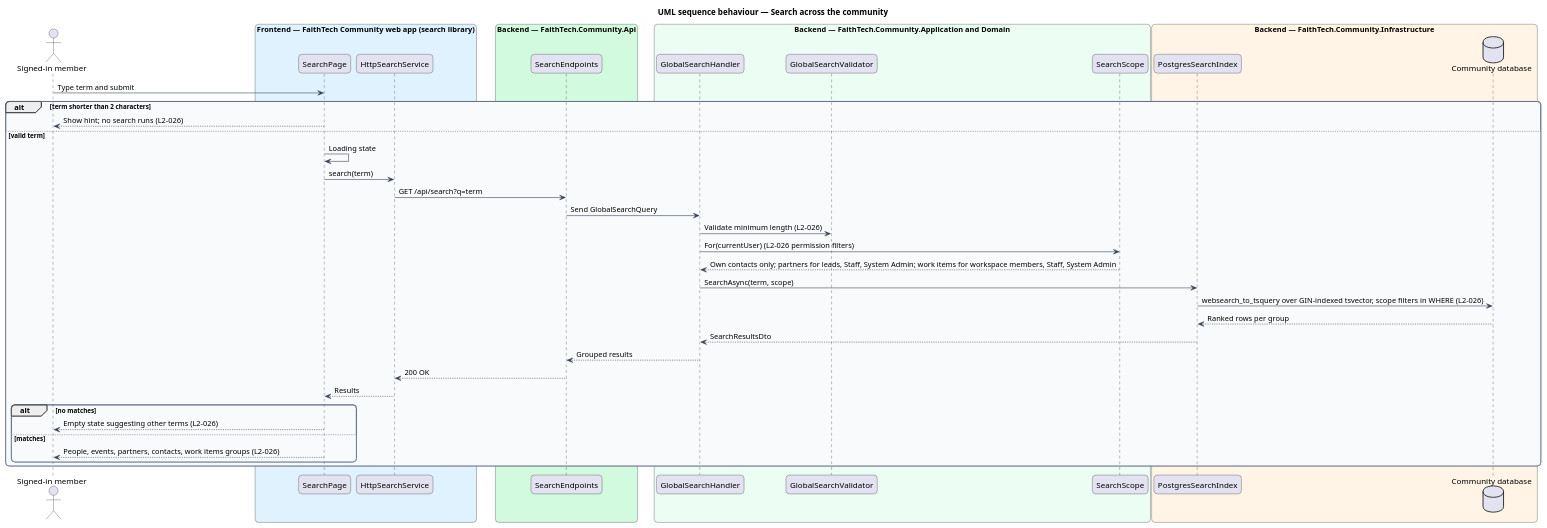
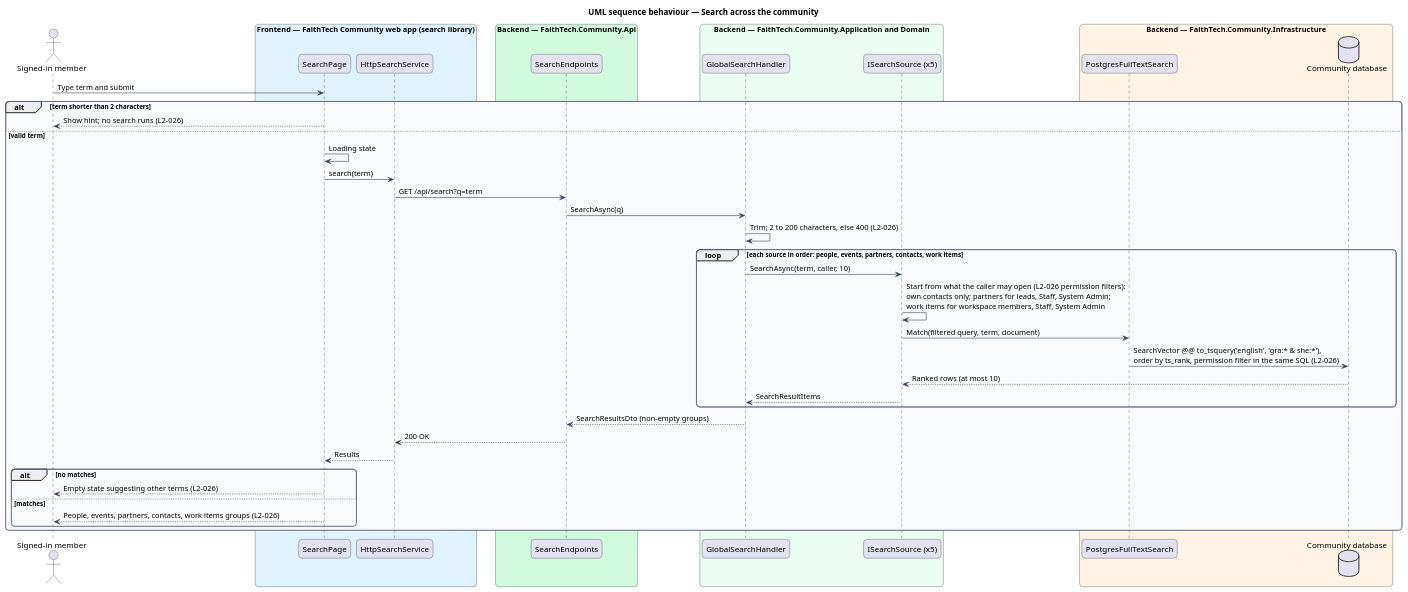
One commit to QuinntyneBrown/faithtech-community changed the diagram in docs/detailed-designs/search/global-search/diagrams/sequence-search.puml. Above: the diagram before and after it, drawn with PlantUML. The commit also changed 33 other files, not shown here.

First line of the commit message:
Redraw the notification, announcement and search diagrams to match the code

```diff
--- a/docs/detailed-designs/search/global-search/diagrams/sequence-search.puml
+++ b/docs/detailed-designs/search/global-search/diagrams/sequence-search.puml
@@ -1,59 +1,60 @@
 @startuml
 title UML sequence behaviour — Search across the community
 skinparam backgroundColor #FFFFFF
 skinparam shadowing false
 skinparam roundcorner 12
 skinparam defaultFontName Arial
 skinparam ArrowColor #344054
 skinparam rectangle {
   BorderColor #344054
   FontColor #101828
 }
 skinparam package {
   BorderColor #667085
   FontColor #101828
   BackgroundColor #F9FAFB
 }
 actor "Signed-in member" as actor
 box "Frontend — FaithTech Community web app (search library)" #E0F2FE
   participant "SearchPage" as page
   participant "HttpSearchService" as svc
 end box
 box "Backend — FaithTech.Community.Api" #D1FADF
   participant "SearchEndpoints" as ep
 end box
 box "Backend — FaithTech.Community.Application and Domain" #ECFDF3
   participant "GlobalSearchHandler" as h
-  participant "GlobalSearchValidator" as val
-  participant "SearchScope" as scope
+  participant "ISearchSource (x5)" as src
 end box
 box "Backend — FaithTech.Community.Infrastructure" #FFF4E5
-  participant "PostgresSearchIndex" as idx
+  participant "PostgresFullTextSearch" as idx
   database "Community database" as db
 end box
 
 actor -> page : Type term and submit
 alt term shorter than 2 characters
   page --> actor : Show hint; no search runs (L2-026)
 else valid term
   page -> page : Loading state
   page -> svc : search(term)
   svc -> ep : GET /api/search?q=term
-  ep -> h : Send GlobalSearchQuery
-  h -> val : Validate minimum length (L2-026)
-  h -> scope : For(currentUser) (L2-026 permission filters)
-  scope --> h : Own contacts only; partners for leads, Staff, System Admin; work items for workspace members, Staff, System Admin
-  h -> idx : SearchAsync(term, scope)
-  idx -> db : websearch_to_tsquery over GIN-indexed tsvector, scope filters in WHERE (L2-026)
-  db --> idx : Ranked rows per group
-  idx --> h : SearchResultsDto
-  h --> ep : Grouped results
+  ep -> h : SearchAsync(q)
+  h -> h : Trim; 2 to 200 characters, else 400 (L2-026)
+  loop each source in order: people, events, partners, contacts, work items
+    h -> src : SearchAsync(term, caller, 10)
+    src -> src : Start from what the caller may open (L2-026 permission filters):\nown contacts only; partners for leads, Staff, System Admin;\nwork items for workspace members, Staff, System Admin
+    src -> idx : Match(filtered query, term, document)
+    idx -> db : SearchVector @@ to_tsquery('english', 'gra:* & she:*'),\norder by ts_rank, permission filter in the same SQL (L2-026)
+    db --> src : Ranked rows (at most 10)
+    src --> h : SearchResultItems
+  end
+  h --> ep : SearchResultsDto (non-empty groups)
   ep --> svc : 200 OK
   svc --> page : Results
   alt no matches
     page --> actor : Empty state suggesting other terms (L2-026)
   else matches
     page --> actor : People, events, partners, contacts, work items groups (L2-026)
   end
 end
 @enduml
```
